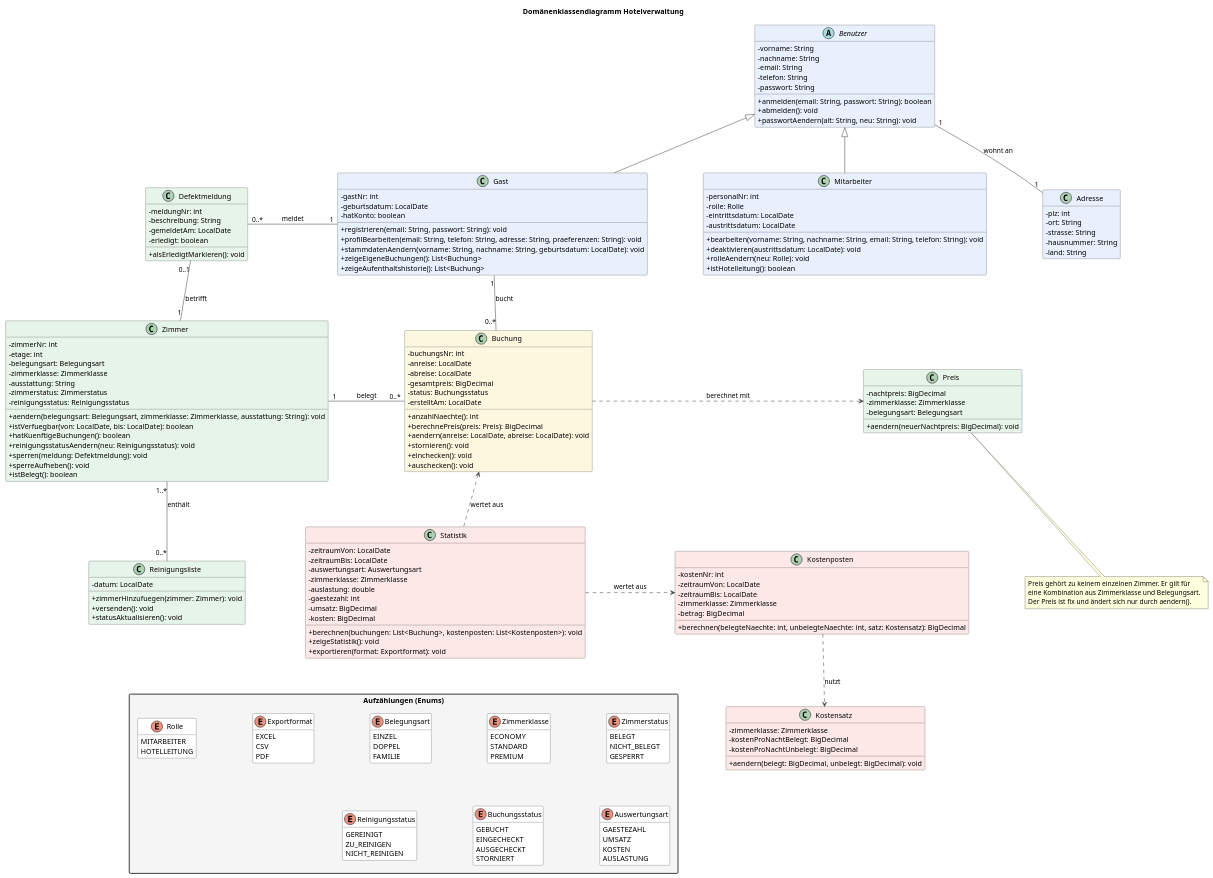
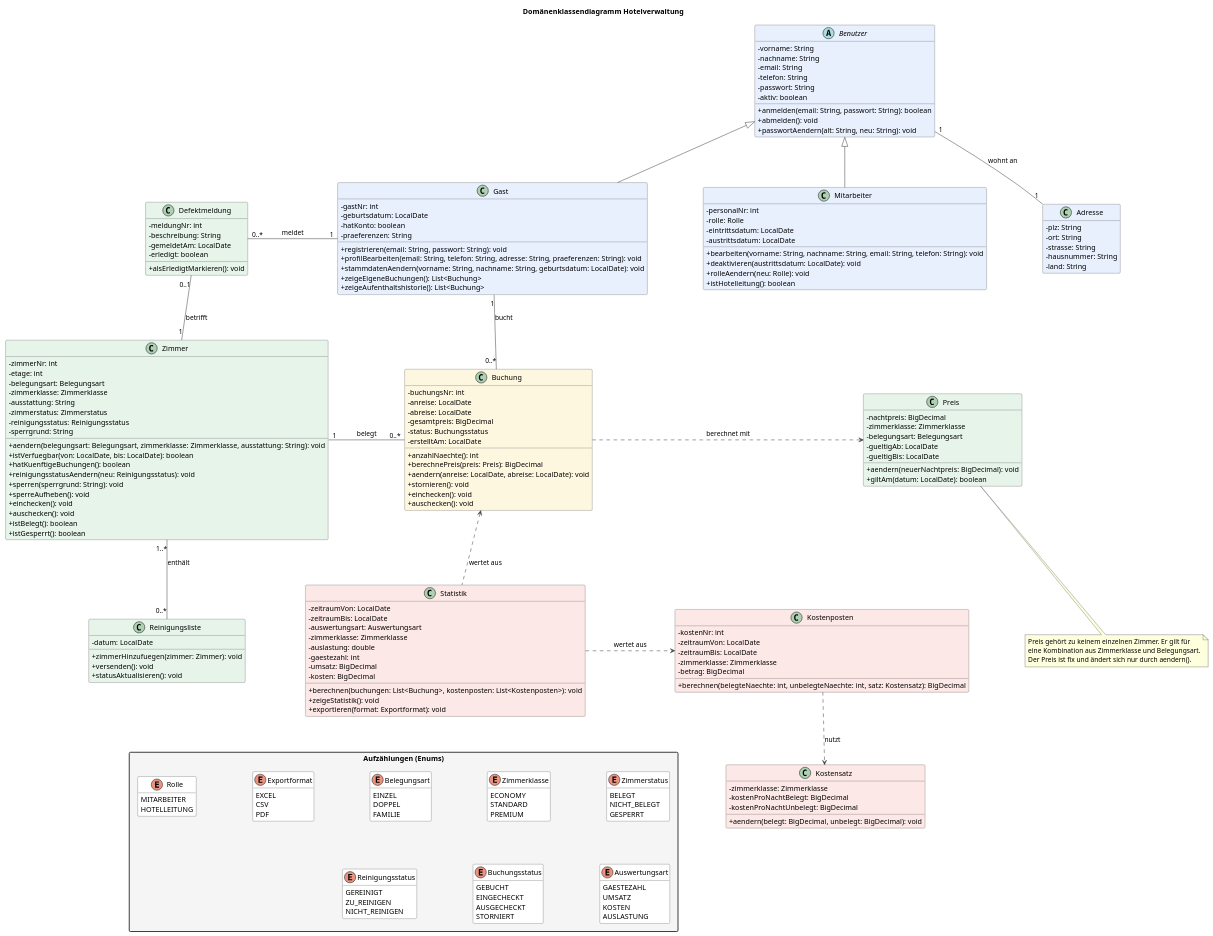
Before and after one commit to SoftwareProject-Hotel-Kuester/Software-Project-Hotel: the diagram in UML-Diagramme/Klassendiagramme/DomänenKlassendiagram.puml, drawn with PlantUML. The commit also changed 13 other files, not shown here.

```diff
--- a/UML-Diagramme/Klassendiagramme/DomänenKlassendiagram.puml
+++ b/UML-Diagramme/Klassendiagramme/DomänenKlassendiagram.puml
@@ -20,13 +20,14 @@
     - email: String
     - telefon: String
     - passwort: String
+    - aktiv: boolean
     + anmelden(email: String, passwort: String): boolean
     + abmelden(): void
     + passwortAendern(alt: String, neu: String): void
 }
 
 class Adresse #E8F0FE {
-    - plz: int
+    - plz: String
     - ort: String
     - strasse: String
     - hausnummer: String
@@ -37,6 +38,7 @@
     - gastNr: int
     - geburtsdatum: LocalDate
     - hatKonto: boolean
+    - praeferenzen: String
     + registrieren(email: String, passwort: String): void
     + profilBearbeiten(email: String, telefon: String, adresse: String, praeferenzen: String): void
     + stammdatenAendern(vorname: String, nachname: String, geburtsdatum: LocalDate): void
@@ -64,20 +66,27 @@
     - ausstattung: String
     - zimmerstatus: Zimmerstatus
     - reinigungsstatus: Reinigungsstatus
+    - sperrgrund: String
     + aendern(belegungsart: Belegungsart, zimmerklasse: Zimmerklasse, ausstattung: String): void
     + istVerfuegbar(von: LocalDate, bis: LocalDate): boolean
     + hatKuenftigeBuchungen(): boolean
     + reinigungsstatusAendern(neu: Reinigungsstatus): void
-    + sperren(meldung: Defektmeldung): void
+    + sperren(sperrgrund: String): void
     + sperreAufheben(): void
+    + einchecken(): void
+    + auschecken(): void
     + istBelegt(): boolean
+    + istGesperrt(): boolean
 }
 
 class Preis #E6F4EA {
     - nachtpreis: BigDecimal
     - zimmerklasse: Zimmerklasse
     - belegungsart: Belegungsart
+    - gueltigAb: LocalDate
+    - gueltigBis: LocalDate
     + aendern(neuerNachtpreis: BigDecimal): void
+    + giltAm(datum: LocalDate): boolean
 }
 
 class Defektmeldung #E6F4EA {
```
